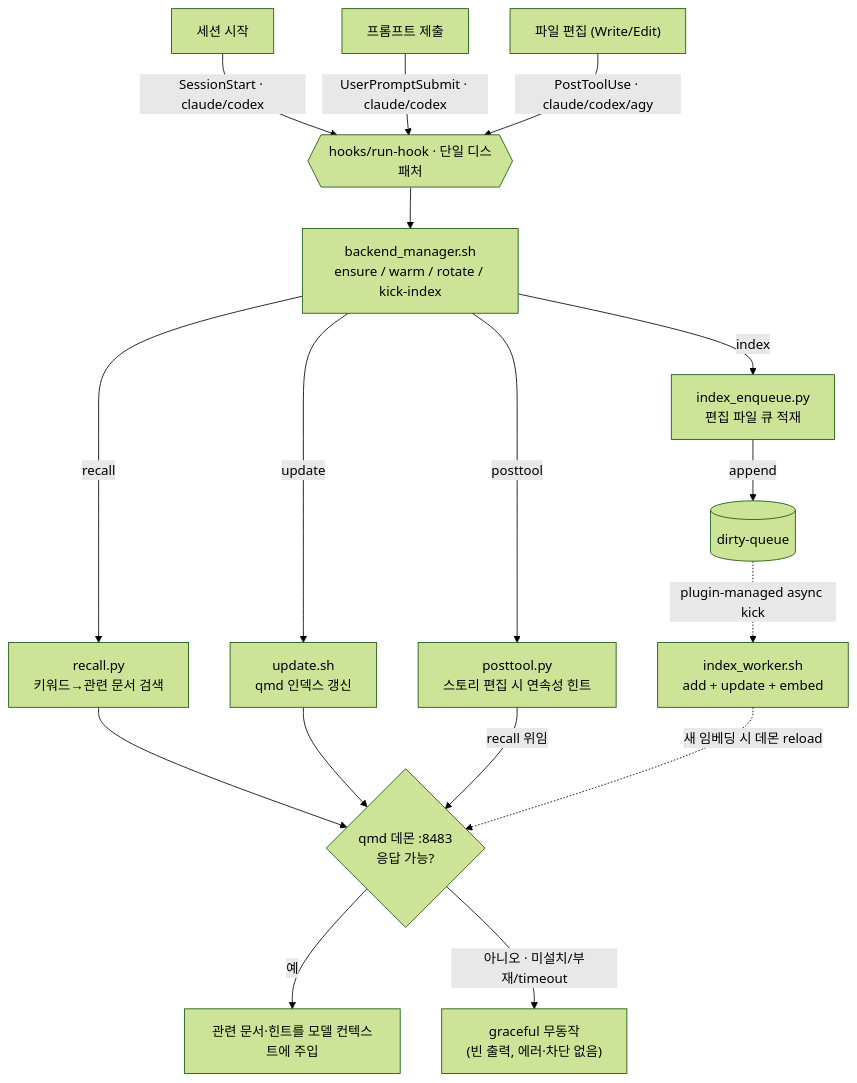
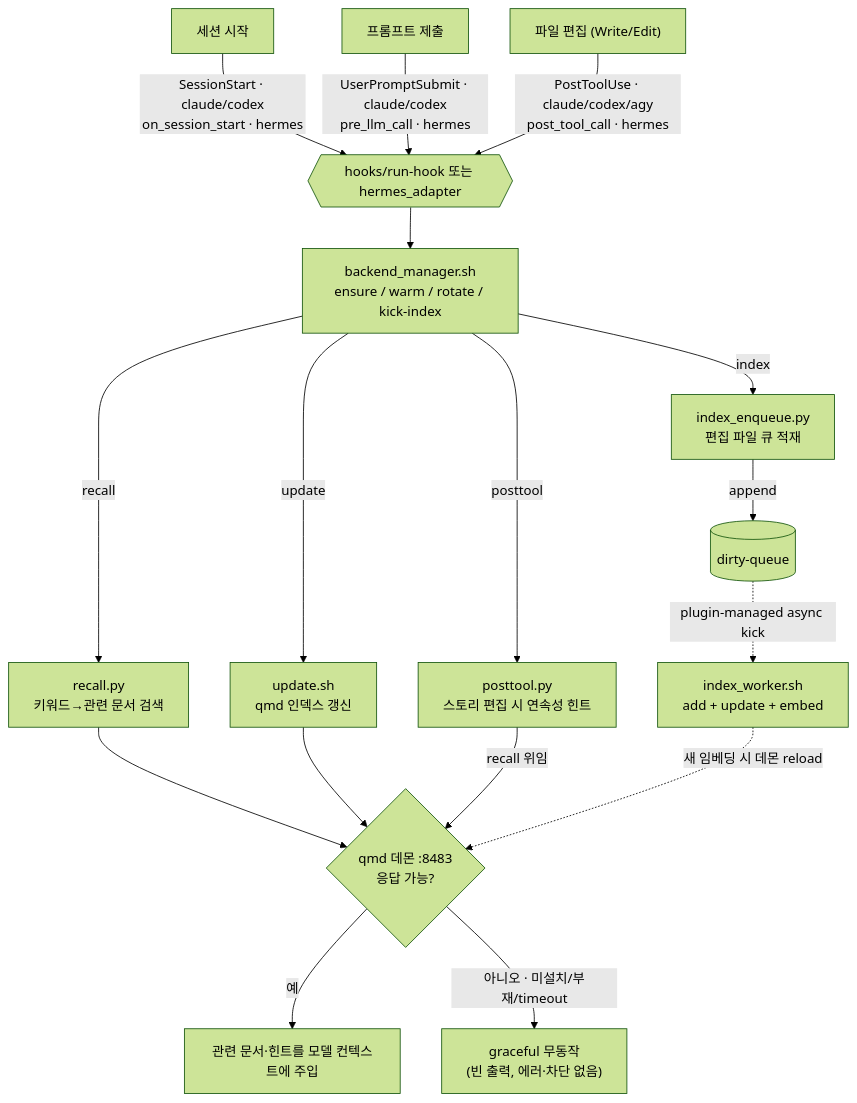
One commit to zbdulee/qmd-auto-context changed the diagram in README.md. Above: the diagram before and after it, drawn with Mermaid (forest theme). The commit also changed other lines of this file and 9 other files, not shown here.

Commit message:
feat: add Hermes Agent plugin adapter

````diff
--- a/README.md
+++ b/README.md
@@ -34,28 +36,28 @@
 ```mermaid
 flowchart TD
     A["세션 시작"]
     B["프롬프트 제출"]
     C["파일 편집 (Write/Edit)"]
 
-    A -->|"SessionStart · claude/codex"| RH
-    B -->|"UserPromptSubmit · claude/codex"| RH
-    C -->|"PostToolUse · claude/codex/agy"| RH
+    A -->|"SessionStart · claude/codex<br/>on_session_start · hermes"| RH
+    B -->|"UserPromptSubmit · claude/codex<br/>pre_llm_call · hermes"| RH
+    C -->|"PostToolUse · claude/codex/agy<br/>post_tool_call · hermes"| RH
 
-    RH{{"hooks/run-hook · 단일 디스패처"}}
+    RH{{"hooks/run-hook 또는 hermes_adapter"}}
     RH --> BM["backend_manager.sh<br/>ensure / warm / rotate / kick-index"]
     BM -->|update| U["update.sh<br/>qmd 인덱스 갱신"]
     BM -->|recall| R["recall.py<br/>키워드→관련 문서 검색"]
     BM -->|posttool| P["posttool.py<br/>스토리 편집 시 연속성 힌트"]
     BM -->|index| IX["index_enqueue.py<br/>편집 파일 큐 적재"]
 
     D{"qmd 데몬 :8483<br/>응답 가능?"}
     R --> D
     U --> D
     P -->|recall 위임| D
     D -->|"예"| OUT["관련 문서·힌트를 모델 컨텍스트에 주입"]
     D -->|"아니오 · 미설치/부재/timeout"| SKIP["graceful 무동작<br/>(빈 출력, 에러·차단 없음)"]
 
     IX -->|append| Q[("dirty-queue")]
     Q -.->|"plugin-managed async kick"| W["index_worker.sh<br/>add + update + embed"]
     W -.->|"새 임베딩 시 데몬 reload"| D
 ```
````
